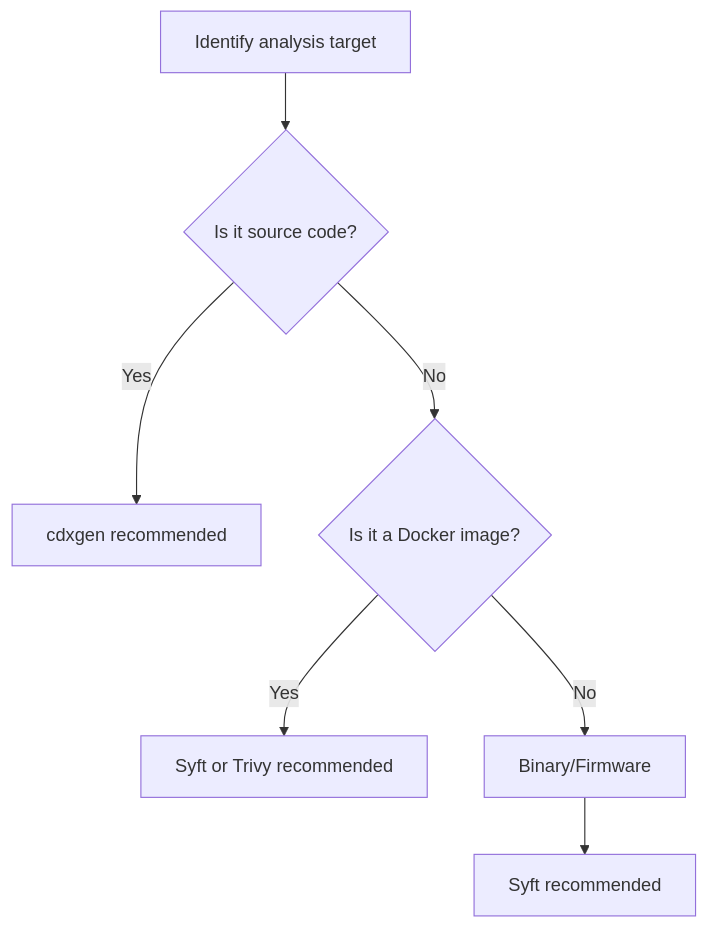
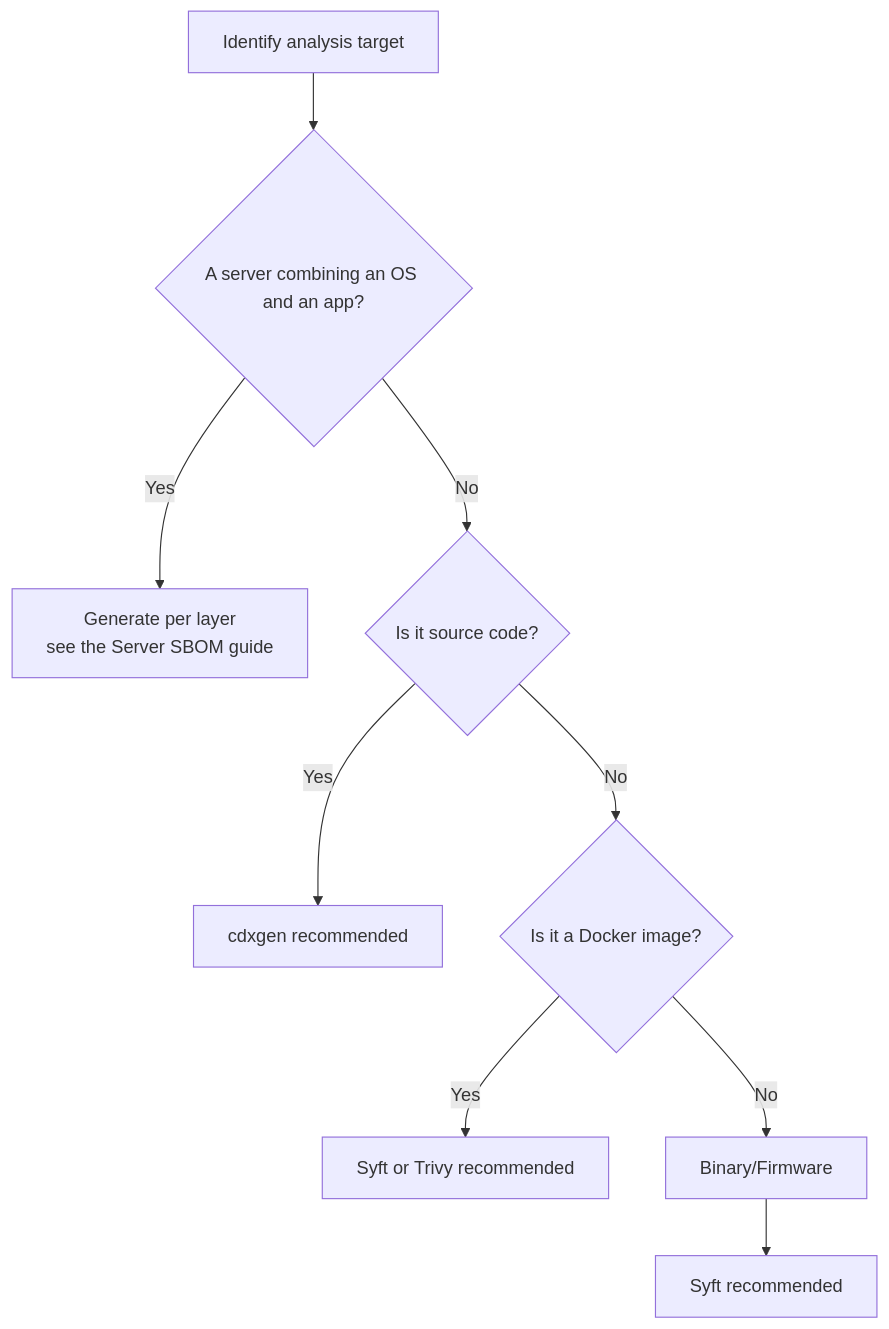
The diagram in content/en/guide/supply-chain/for-suppliers/creation-guide/_index.md (sktelecom/sktelecom.github.io), drawn with Mermaid before and after one commit. The commit also changed other lines of this file and 3 other files, not shown here.

First line of the commit message:
docs(supply-chain): model static-link as a blind spot; add server branch to the tool diagram (#230)

````diff
--- a/content/en/guide/supply-chain/for-suppliers/creation-guide/_index.md
+++ b/content/en/guide/supply-chain/for-suppliers/creation-guide/_index.md
@@ -16,9 +16,11 @@
 ```mermaid
 graph TD
-    A[Identify analysis target] --> B{Is it source code?}
+    A[Identify analysis target] --> S{A server combining an OS and an app?}
+    S -- Yes --> T[Generate per layer<br>see the Server SBOM guide]
+    S -- No --> B{Is it source code?}
     B -- Yes --> C[cdxgen recommended]
     B -- No --> D{Is it a Docker image?}
     D -- Yes --> E[Syft or Trivy recommended]
     D -- No --> F[Binary/Firmware]
     F --> G[Syft recommended]
 ```
````
